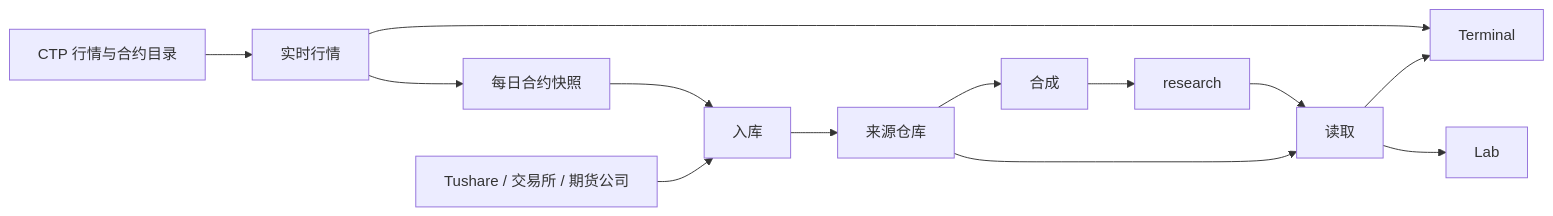
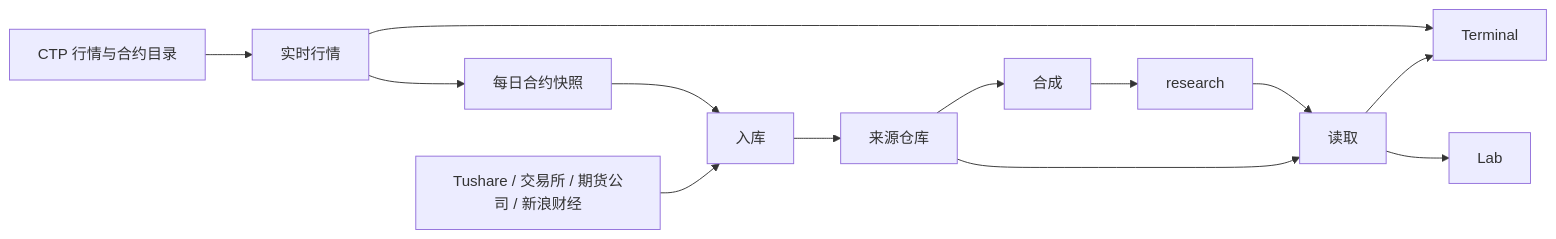
The first of 5 diagrams in docs/market/architecture.md (isqiwen/asterion-terminal), drawn with Mermaid before and after one commit. The commit also changed other lines of this file and 12 other files, not shown here.

````diff
--- a/docs/market/architecture.md
+++ b/docs/market/architecture.md
@@ -9,15 +9,15 @@
 ```mermaid
 flowchart LR
     CTP[CTP 行情与合约目录] --> Live[实时行情]
     Live --> Terminal[Terminal]
     Live --> Snapshot[每日合约快照]
     Snapshot --> Ingest[入库]
-    Provider[Tushare / 交易所 / 期货公司] --> Ingest
+    Provider[Tushare / 交易所 / 期货公司 / 新浪财经] --> Ingest
     Ingest --> Sources[来源仓库]
     Sources --> Compose[合成]
     Compose --> Research[research]
     Research --> Read[读取]
     Sources --> Read
     Read --> Terminal
     Read --> Lab[Lab]
 ```
````
